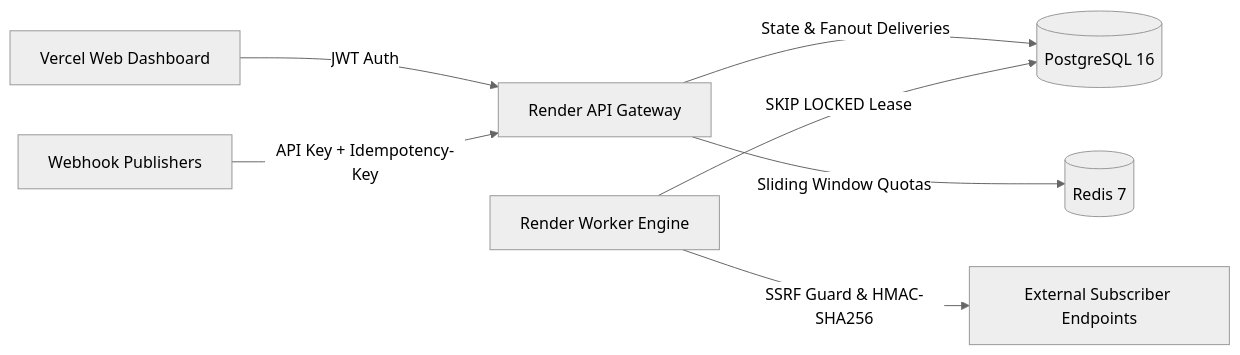
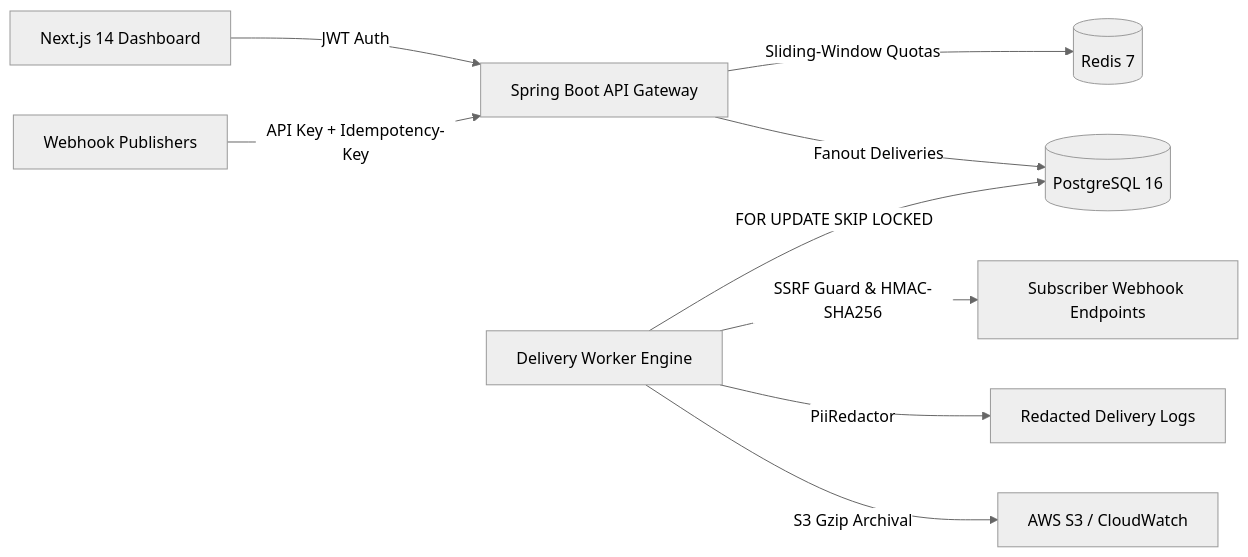
Before and after one commit to yashn035/HOOKRELAY: the diagram in README.md, drawn with Mermaid (neutral theme). The commit also changed other lines of this file and 3 other files, not shown here.

````diff
--- a/README.md
+++ b/README.md
@@ -33,9 +42,11 @@
 ```mermaid
 flowchart LR
-    Vercel[Vercel Web Dashboard] -->|JWT Auth| RenderAPI[Render API Gateway]
-    Publishers[Webhook Publishers] -->|API Key + Idempotency-Key| RenderAPI
-    RenderAPI -->|State & Fanout Deliveries| PG[(PostgreSQL 16)]
-    RenderAPI -->|Sliding Window Quotas| Redis[(Redis 7)]
-    RenderWorker[Render Worker Engine] -->|SKIP LOCKED Lease| PG
-    RenderWorker -->|SSRF Guard & HMAC-SHA256| Endpoints[External Subscriber Endpoints]
+    Vercel[Next.js 14 Dashboard] -->|JWT Auth| SpringAPI[Spring Boot API Gateway]
+    Publishers[Webhook Publishers] -->|API Key + Idempotency-Key| SpringAPI
+    SpringAPI -->|Sliding-Window Quotas| Redis[(Redis 7)]
+    SpringAPI -->|Fanout Deliveries| Postgres[(PostgreSQL 16)]
+    Worker[Delivery Worker Engine] -->|FOR UPDATE SKIP LOCKED| Postgres
+    Worker -->|SSRF Guard & HMAC-SHA256| Subscribers[Subscriber Webhook Endpoints]
+    Worker -->|PiiRedactor| AttemptLogs[Redacted Delivery Logs]
+    Worker -->|S3 Gzip Archival| AWS[AWS S3 / CloudWatch]
 ```
````
